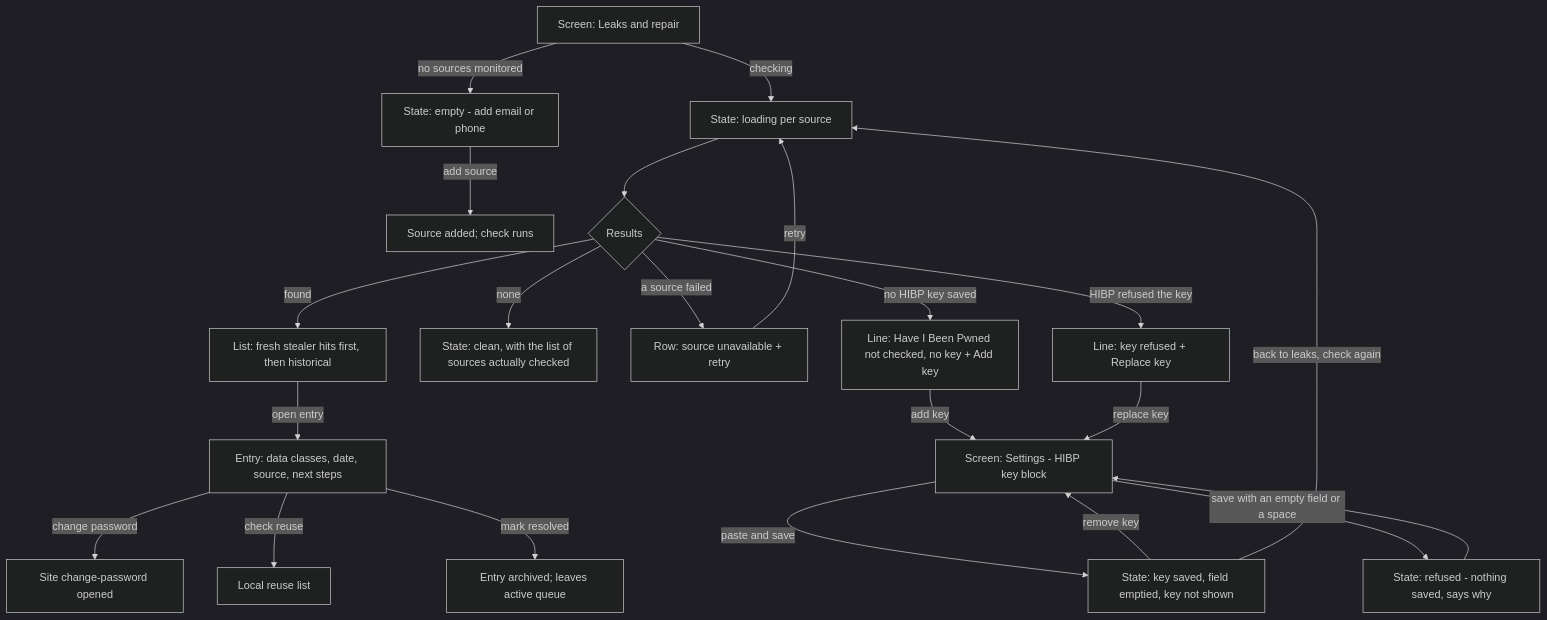
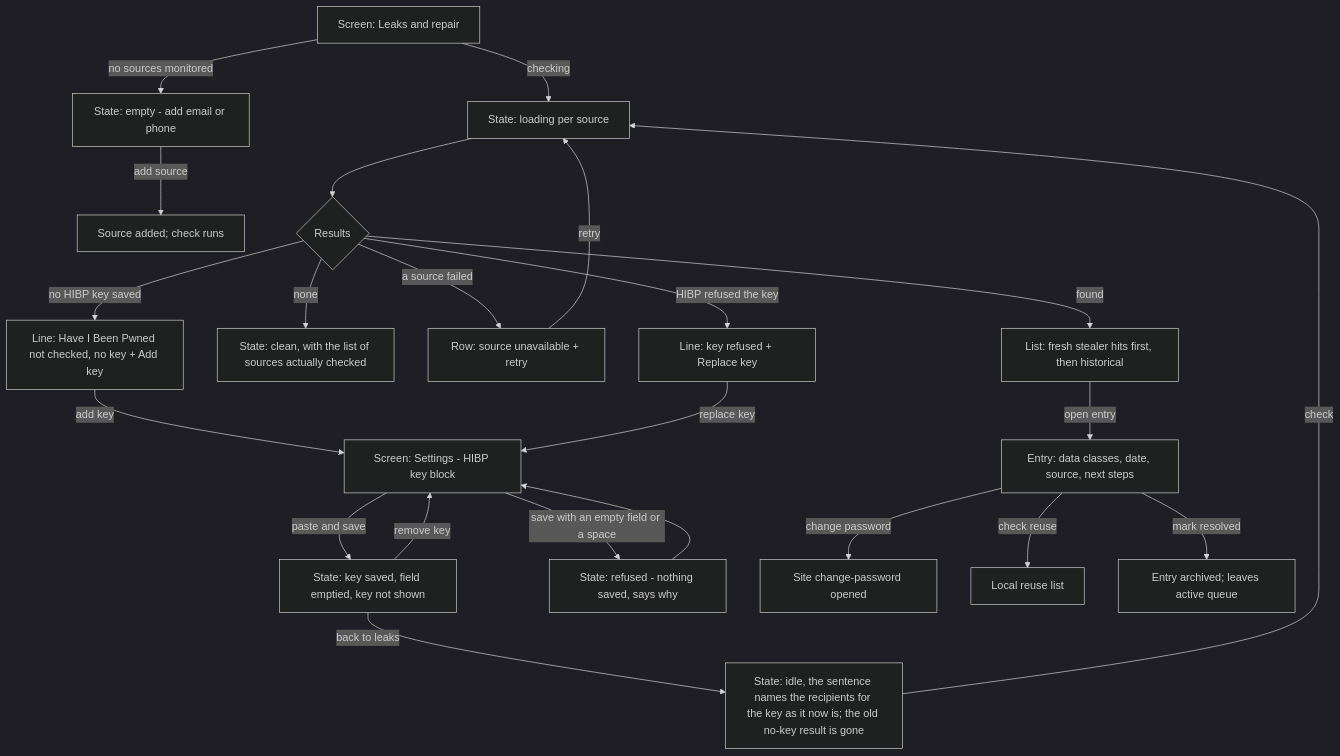
One commit to passioncode-ai/okolos changed diagram 11 of 23 in docs/ux/flows.md. Above: the diagram before and after it, drawn with Mermaid (dark theme). The commit also changed 2 other files, not shown here.

Commit message:
docs(ux): обратный путь после сохранения ключа, SCN-016 и сводка журнала отправок; B-125
Записи первыми (раунд 2 проверки N-110). SCN-015 и FLW-11 получили шаг
возврата: после сохранения или удаления ключа экран утечек возвращается к
состоянию до проверки, и результат «ключ не сохранён» больше не виден под
сохранённым ключом. SCN-016: основной путь требует записи с сайтом, а такие
сегодня даёт только Have I Been Pwned, то есть сохранённый ключ. SCR-10:
сводка считает ушедший ключ отдельно. SCR-12: второе состояние error
переименовано в key write failed.

````diff
--- a/docs/ux/flows.md
+++ b/docs/ux/flows.md
@@ -344,24 +344,25 @@
 ```mermaid
 flowchart TD
   A[Screen: Leaks and repair] -->|no sources monitored| A_empty[State: empty - add email or phone]
   A_empty -->|add source| B[Source added; check runs]
   A -->|checking| A_load[State: loading per source]
   A_load --> C{Results}
   C -->|found| D[List: fresh stealer hits first, then historical]
   C -->|none| E[State: clean, with the list of sources actually checked]
   C -->|a source failed| C_err[Row: source unavailable + retry]
   C_err -->|retry| A_load
   C -->|no HIBP key saved| K[Line: Have I Been Pwned not checked, no key + Add key]
   C -->|HIBP refused the key| K_ref[Line: key refused + Replace key]
   K -->|add key| S[Screen: Settings - HIBP key block]
   K_ref -->|replace key| S
   S -->|paste and save| S_saved[State: key saved, field emptied, key not shown]
   S -->|save with an empty field or a space| S_needs[State: refused - nothing saved, says why]
   S_needs --> S
   S_saved -->|remove key| S
-  S_saved -->|back to leaks, check again| A_load
+  S_saved -->|back to leaks| A_idle[State: idle, the sentence names the recipients for the key as it now is; the old no-key result is gone]
+  A_idle -->|check| A_load
   D -->|open entry| F[Entry: data classes, date, source, next steps]
   F -->|change password| G[Site change-password opened]
   F -->|check reuse| H[Local reuse list]
   F -->|mark resolved| I[Entry archived; leaves active queue]
 ```
````
